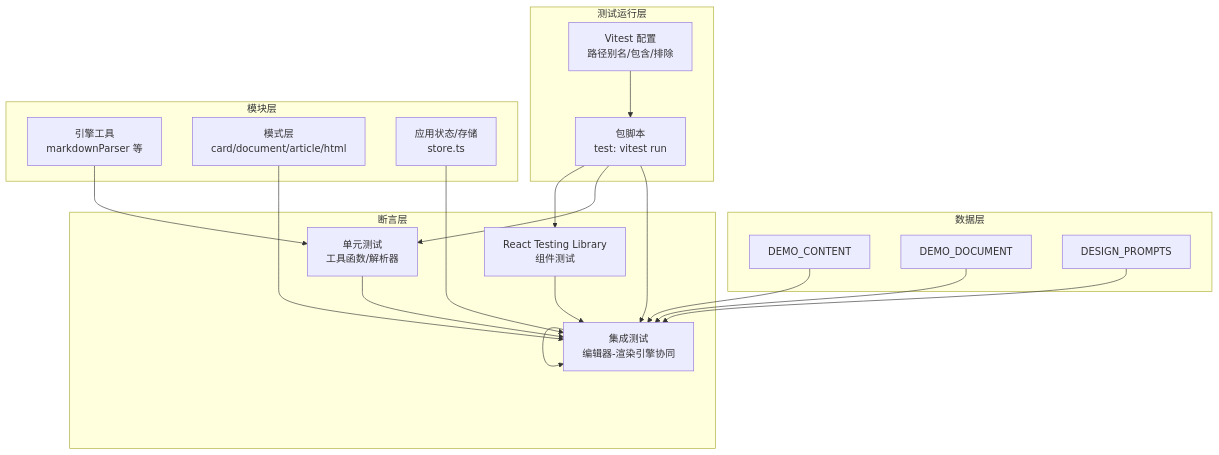
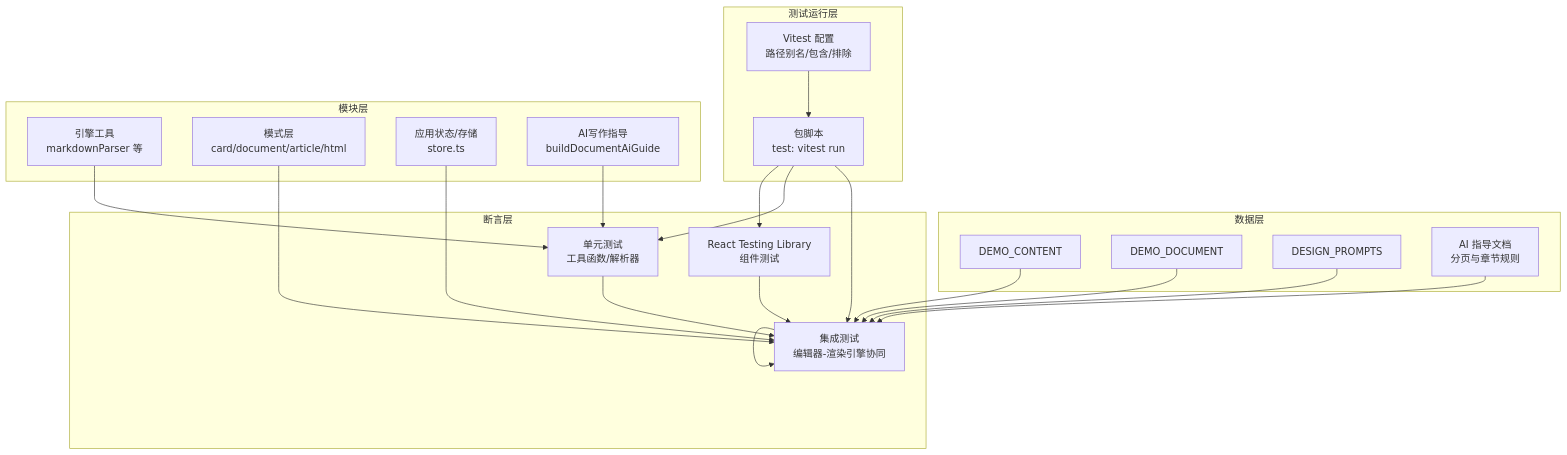
The second of 5 diagrams in .qoder/repowiki/zh/content/测试策略.md (ZhongXiandou/markdown2view), drawn with Mermaid before and after one commit. The commit also changed other lines of this file and 21 other files, not shown here.

````diff
--- a/.qoder/repowiki/zh/content/测试策略.md
+++ b/.qoder/repowiki/zh/content/测试策略.md
@@ -99,35 +118,39 @@
 ```mermaid
 graph TB
 subgraph "测试运行层"
 VC["Vitest 配置<br/>路径别名/包含/排除"]
 PN["包脚本<br/>test: vitest run"]
 end
 subgraph "数据层"
 DC["DEMO_CONTENT"]
 DD["DEMO_DOCUMENT"]
 DP["DESIGN_PROMPTS"]
+AG["AI 指导文档<br/>分页与章节规则"]
 end
 subgraph "模块层"
 UM["引擎工具<br/>markdownParser 等"]
 MM["模式层<br/>card/document/article/html"]
 LS["应用状态/存储<br/>store.ts"]
+AI["AI写作指导<br/>buildDocumentAiGuide"]
 end
 subgraph "断言层"
 RTL["React Testing Library<br/>组件测试"]
 UT["单元测试<br/>工具函数/解析器"]
 IT["集成测试<br/>编辑器-渲染引擎协同"]
 end
 VC --> PN
 PN --> RTL
 PN --> UT
 PN --> IT
 DC --> IT
 DD --> IT
 DP --> IT
+AG --> IT
+AI --> UT
 UM --> UT
 MM --> IT
 LS --> IT
 RTL --> IT
 UT --> IT
 IT --> IT
 ```
````
